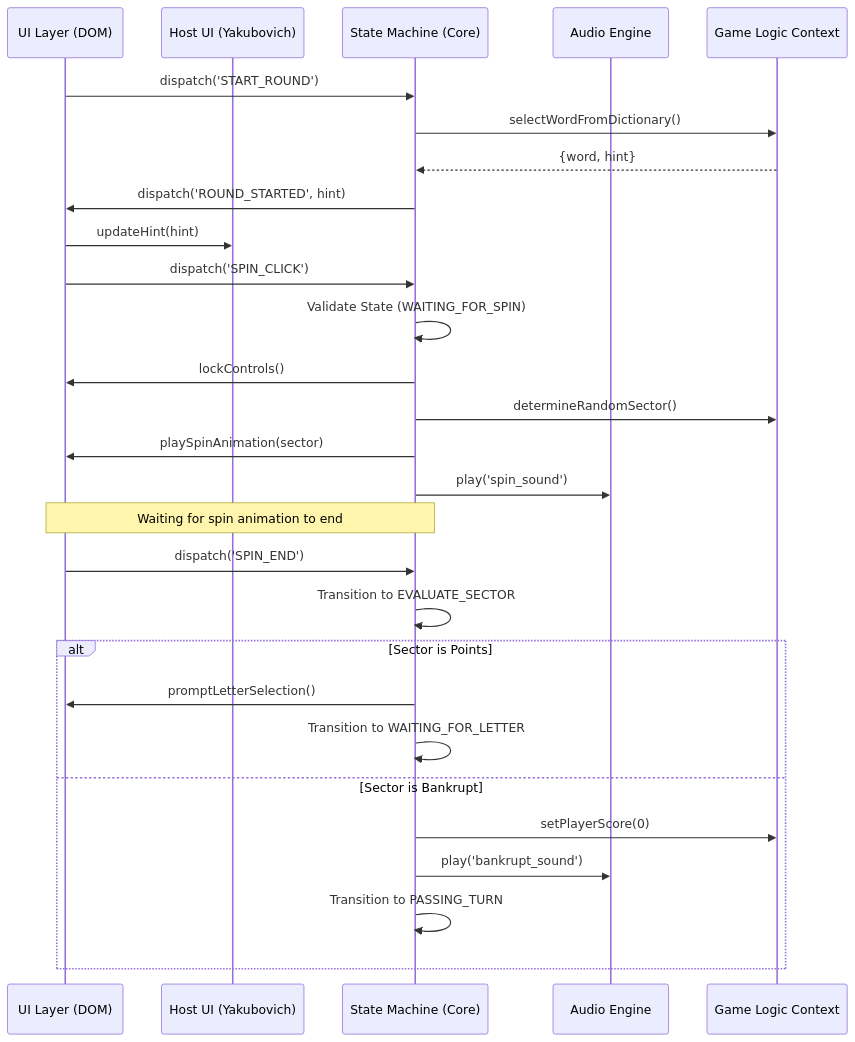
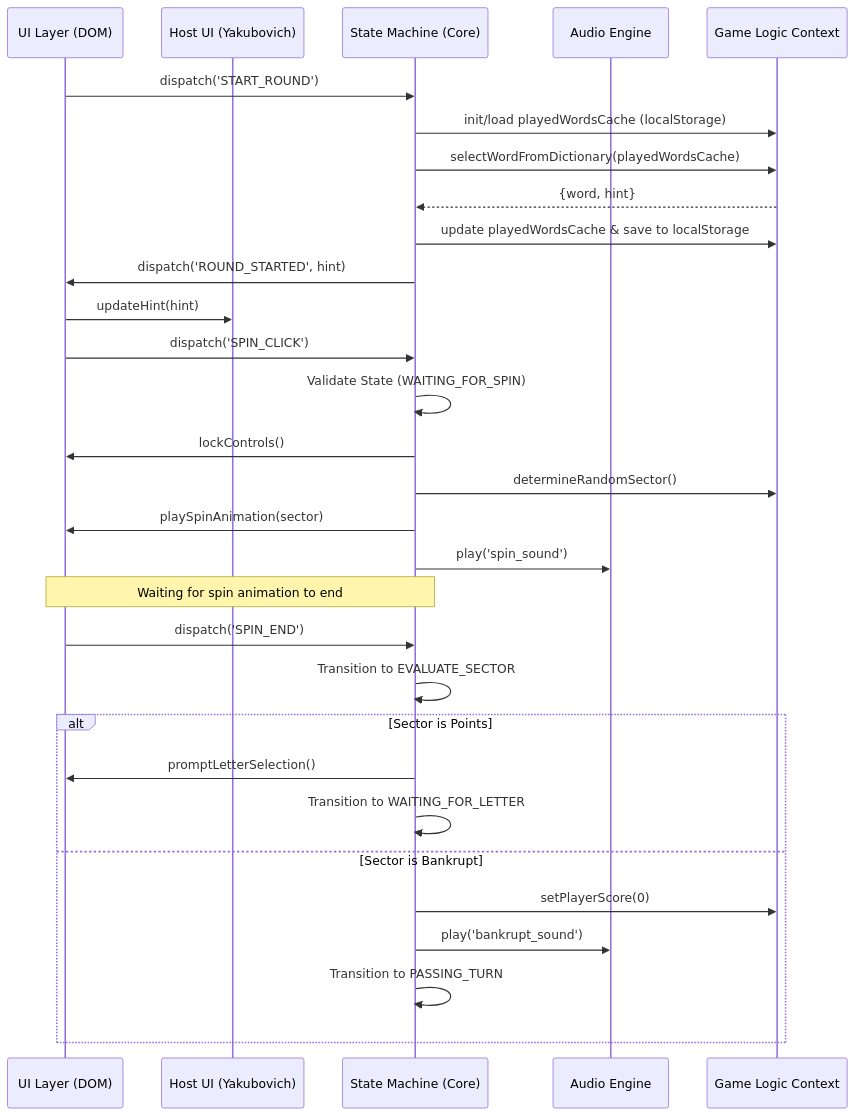
One commit to sergeibakurovus-source/pole_chudes changed the second of 2 diagrams in docs/System_Design.md. Above: the diagram before and after it, drawn with Mermaid. The commit also changed other lines of this file, not shown here.

Commit message:
docs(arch): system architecture and interfaces [Gate 1B approved]

````diff
--- a/docs/System_Design.md
+++ b/docs/System_Design.md
@@ -110,35 +115,37 @@
 ```mermaid
 sequenceDiagram
     participant UI as UI Layer (DOM)
     participant Host as Host UI (Yakubovich)
     participant SM as State Machine (Core)
     participant Audio as Audio Engine
     participant Logic as Game Logic Context
 
     UI->>SM: dispatch('START_ROUND')
-    SM->>Logic: selectWordFromDictionary()
+    SM->>Logic: init/load playedWordsCache (localStorage)
+    SM->>Logic: selectWordFromDictionary(playedWordsCache)
     Logic-->>SM: {word, hint}
+    SM->>Logic: update playedWordsCache & save to localStorage
     SM->>UI: dispatch('ROUND_STARTED', hint)
     UI->>Host: updateHint(hint)
     
     UI->>SM: dispatch('SPIN_CLICK')
     SM->>SM: Validate State (WAITING_FOR_SPIN)
     SM->>UI: lockControls()
     SM->>Logic: determineRandomSector()
     SM->>UI: playSpinAnimation(sector)
     SM->>Audio: play('spin_sound')
     
     Note over UI,SM: Waiting for spin animation to end
     
     UI->>SM: dispatch('SPIN_END')
     SM->>SM: Transition to EVALUATE_SECTOR
     
     alt Sector is Points
         SM->>UI: promptLetterSelection()
         SM->>SM: Transition to WAITING_FOR_LETTER
     else Sector is Bankrupt
         SM->>Logic: setPlayerScore(0)
         SM->>Audio: play('bankrupt_sound')
         SM->>SM: Transition to PASSING_TURN
     end
 ```
````
